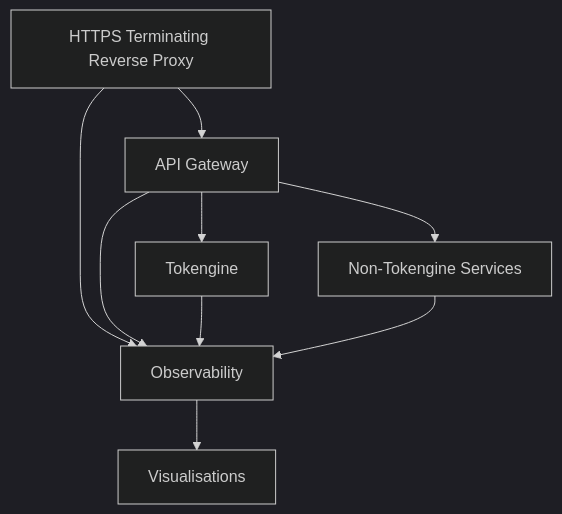
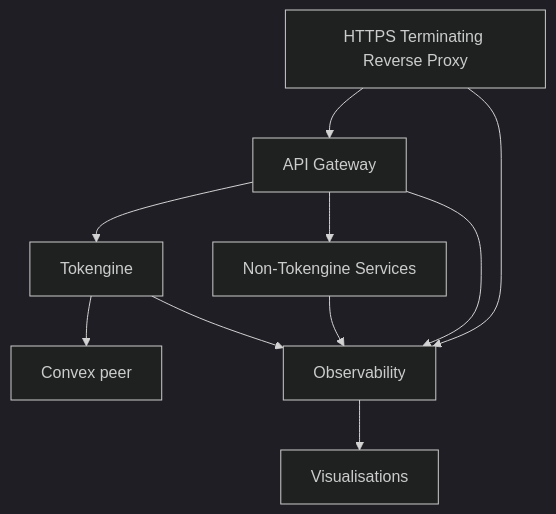
Before and after one commit to Convex-Dev/tokengine: the second of 2 diagrams in infra/README.md, drawn with Mermaid (dark theme). The commit also changed other lines of this file, not shown here.

````diff
--- a/infra/README.md
+++ b/infra/README.md
@@ -14,11 +14,12 @@
 ```mermaid
 graph TD
     A[HTTPS Terminating Reverse Proxy] --> B[API Gateway]
     B --> C[Tokengine]
     B --> D[Non-Tokengine Services]
+    C --> G[Convex peer]
     A --> E[Observability]
     B --> E
     C --> E
     D --> E
     E --> F[Visualisations]
 ```
````
